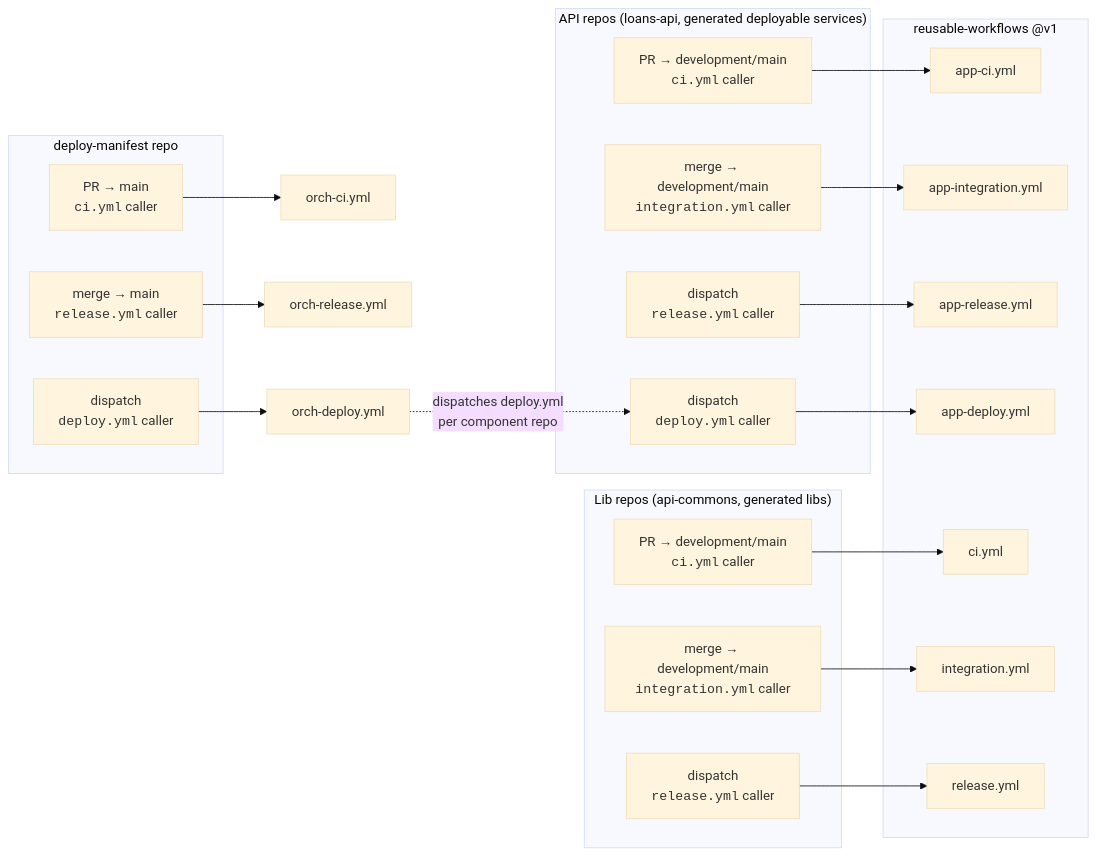
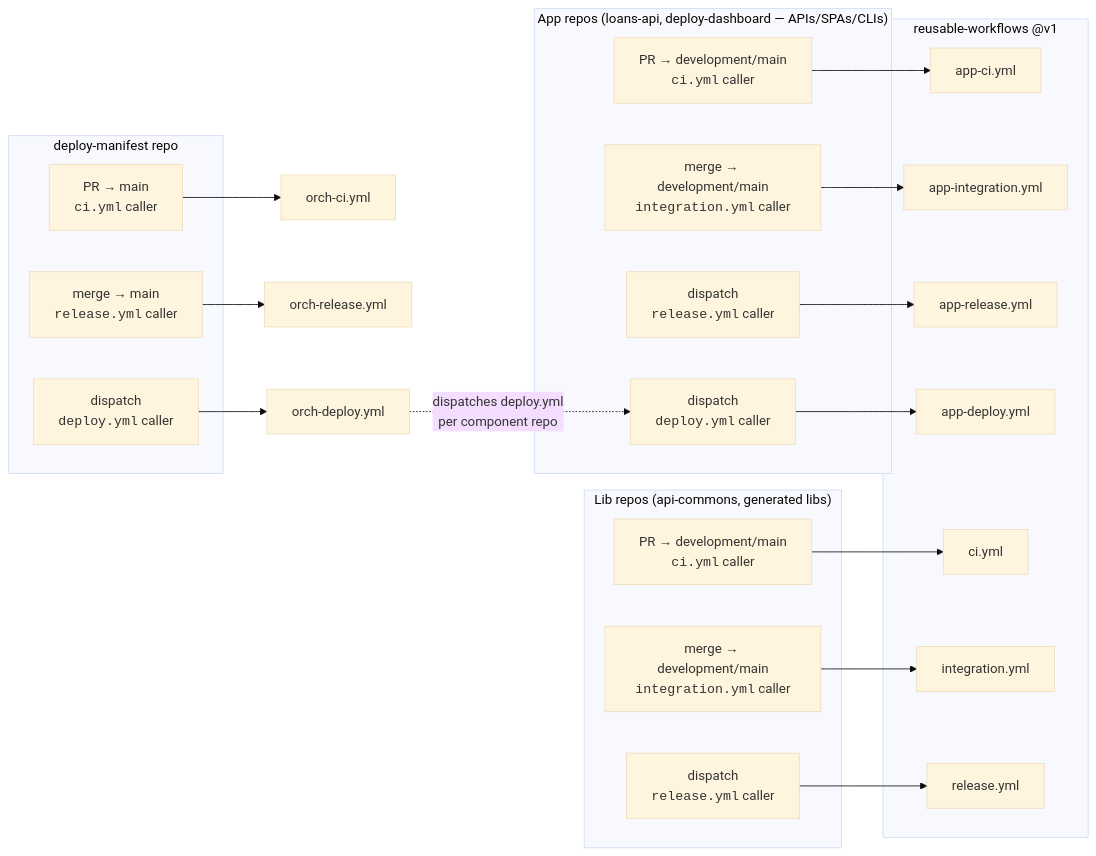
Before and after one commit to progmise/reusable-workflows: the first of 11 diagrams in docs/flows.md, drawn with Mermaid (base theme). The commit also changed 2 other files, not shown here.

Commit message:
docs: sync AGENTS/README/flows/orchestrator with ci-core split + container deploy

````diff
--- a/docs/flows.md
+++ b/docs/flows.md
@@ -8,42 +8,42 @@
 ```mermaid
 flowchart LR
-    subgraph API["API repos (loans-api, generated deployable services)"]
+    subgraph API["App repos (loans-api, deploy-dashboard — APIs/SPAs/CLIs)"]
         A_PR["PR → development/main<br/><code>ci.yml</code> caller"]
         A_PUSH["merge → development/main<br/><code>integration.yml</code> caller"]
         A_REL["dispatch<br/><code>release.yml</code> caller"]
         A_DEP["dispatch<br/><code>deploy.yml</code> caller"]
     end
     subgraph LIB["Lib repos (api-commons, generated libs)"]
         L_PR["PR → development/main<br/><code>ci.yml</code> caller"]
         L_PUSH["merge → development/main<br/><code>integration.yml</code> caller"]
         L_REL["dispatch<br/><code>release.yml</code> caller"]
     end
     subgraph RW["reusable-workflows @v1"]
         RW_ACI[app-ci.yml]
         RW_AIN[app-integration.yml]
         RW_ARE[app-release.yml]
         RW_ADE[app-deploy.yml]
         RW_CI[ci.yml]
         RW_IN[integration.yml]
         RW_RE[release.yml]
     end
     A_PR --> RW_ACI
     A_PUSH --> RW_AIN
     A_REL --> RW_ARE
     A_DEP --> RW_ADE
     L_PR --> RW_CI
     L_PUSH --> RW_IN
     L_REL --> RW_RE
     subgraph MAN["deploy-manifest repo"]
         M_PR["PR → main<br/><code>ci.yml</code> caller"]
         M_PUSH["merge → main<br/><code>release.yml</code> caller"]
         M_DEP["dispatch<br/><code>deploy.yml</code> caller"]
     end
     RW_OCI[orch-ci.yml]
     RW_ORE[orch-release.yml]
     RW_ODE[orch-deploy.yml]
     M_PR --> RW_OCI
     M_PUSH --> RW_ORE
     M_DEP --> RW_ODE
     RW_ODE -. "dispatches deploy.yml<br/>per component repo" .-> A_DEP
 ```
````
